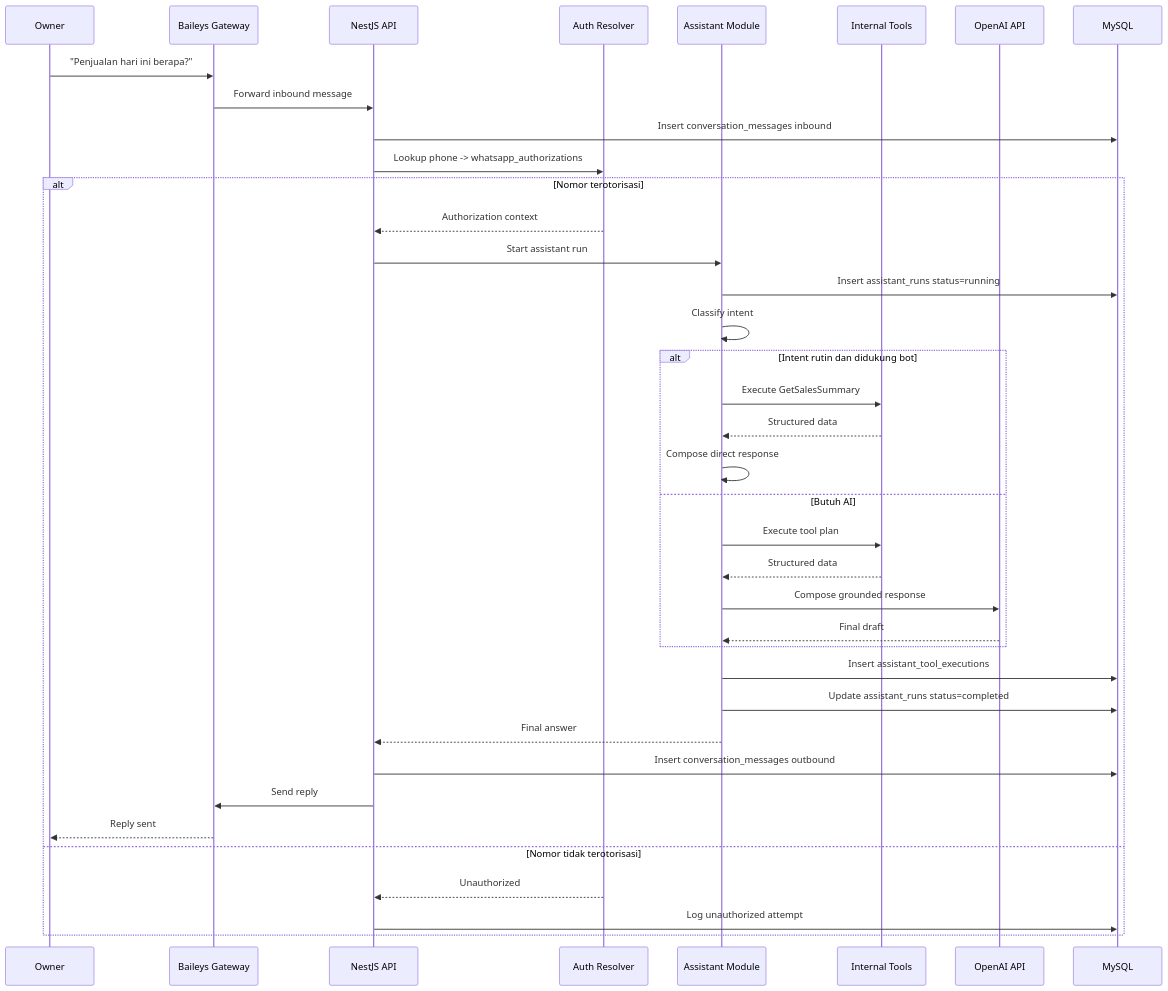
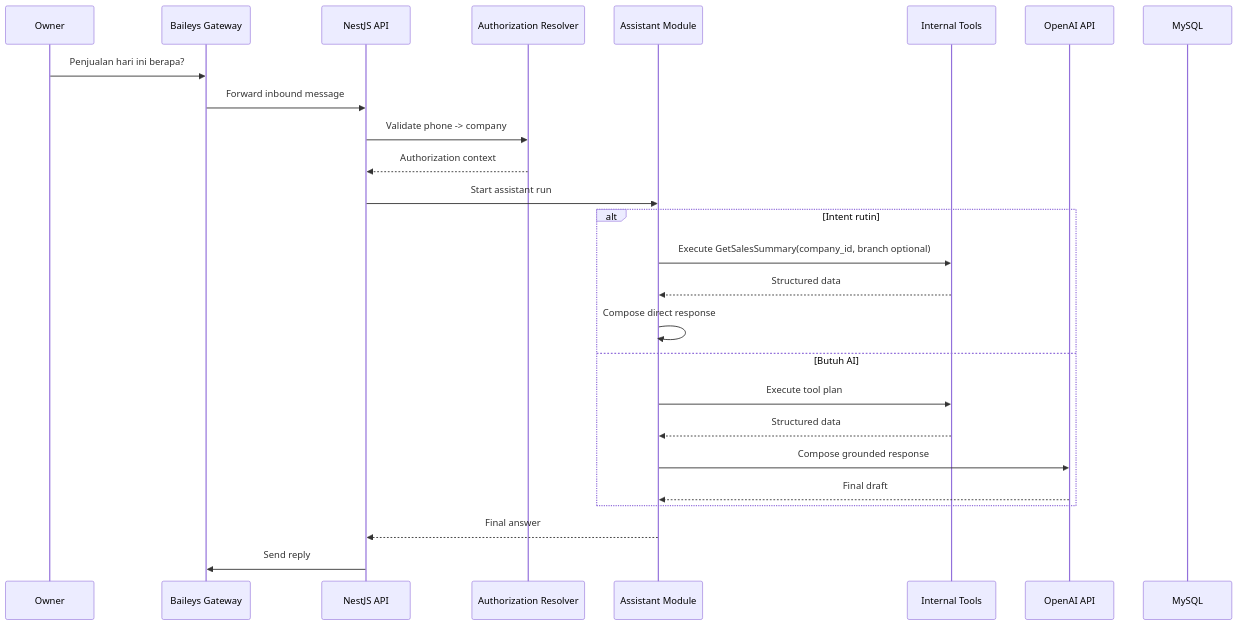
One commit to DimasPrasetio/mini-erp changed the seventh of 11 diagrams in SYSTEM_FLOW.md. Above: the diagram before and after it, drawn with Mermaid. The commit also changed other lines of this file and 10 other files, not shown here.

````diff
--- a/SYSTEM_FLOW.md
+++ b/SYSTEM_FLOW.md
@@ -153,41 +157,29 @@
 ```mermaid
 sequenceDiagram
     participant O as Owner
     participant WA as Baileys Gateway
     participant API as NestJS API
-    participant Auth as Auth Resolver
+    participant Auth as Authorization Resolver
     participant A as Assistant Module
     participant T as Internal Tools
     participant LLM as OpenAI API
     participant DB as MySQL
 
-    O->>WA: "Penjualan hari ini berapa?"
+    O->>WA: Penjualan hari ini berapa?
     WA->>API: Forward inbound message
-    API->>DB: Insert conversation_messages inbound
-    API->>Auth: Lookup phone -> whatsapp_authorizations
-    alt Nomor terotorisasi
-        Auth-->>API: Authorization context
-        API->>A: Start assistant run
-        A->>DB: Insert assistant_runs status=running
-        A->>A: Classify intent
-        alt Intent rutin dan didukung bot
-            A->>T: Execute GetSalesSummary
-            T-->>A: Structured data
-            A->>A: Compose direct response
-        else Butuh AI
-            A->>T: Execute tool plan
-            T-->>A: Structured data
-            A->>LLM: Compose grounded response
-            LLM-->>A: Final draft
-        end
-        A->>DB: Insert assistant_tool_executions
-        A->>DB: Update assistant_runs status=completed
-        A-->>API: Final answer
-        API->>DB: Insert conversation_messages outbound
-        API->>WA: Send reply
-        WA-->>O: Reply sent
-    else Nomor tidak terotorisasi
-        Auth-->>API: Unauthorized
-        API->>DB: Log unauthorized attempt
+    API->>Auth: Validate phone -> company
+    Auth-->>API: Authorization context
+    API->>A: Start assistant run
+    alt Intent rutin
+        A->>T: Execute GetSalesSummary(company_id, branch optional)
+        T-->>A: Structured data
+        A->>A: Compose direct response
+    else Butuh AI
+        A->>T: Execute tool plan
+        T-->>A: Structured data
+        A->>LLM: Compose grounded response
+        LLM-->>A: Final draft
     end
+    A-->>API: Final answer
+    API->>WA: Send reply
 ```
````
